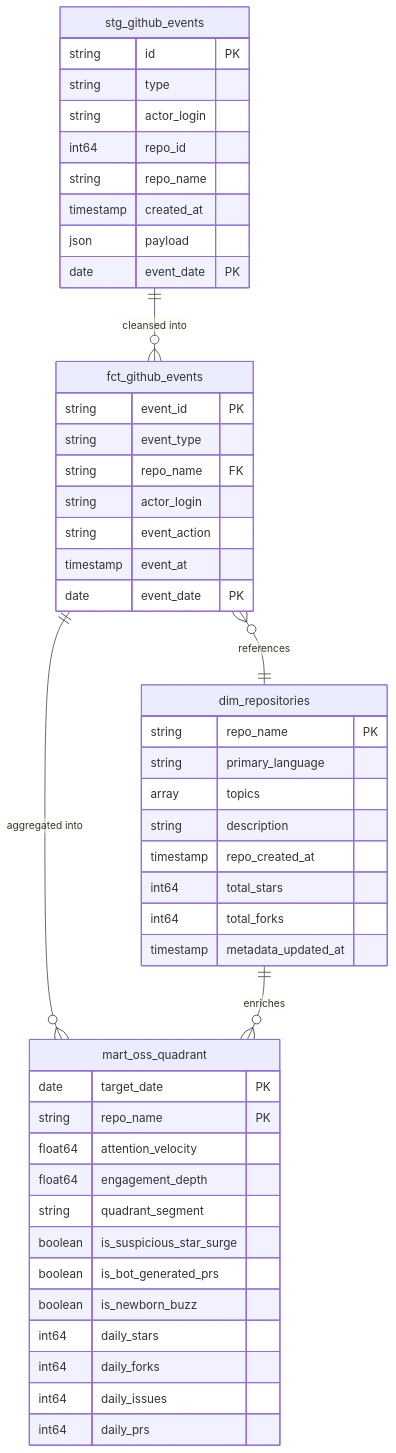
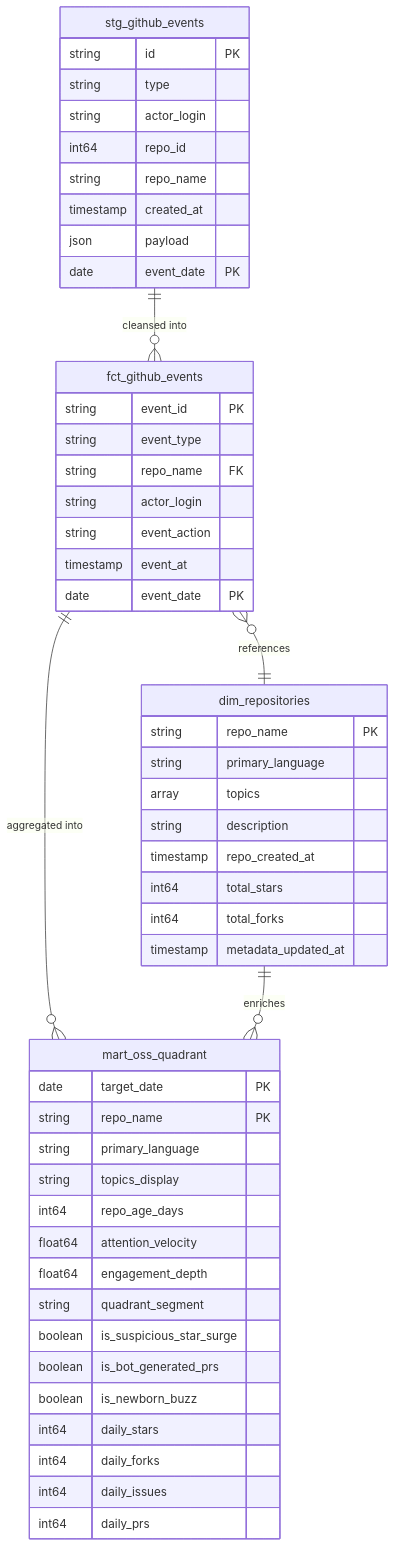
Before and after one commit to xzyozi/gh-archive-lakehouse: the diagram in docs/design/DS-001_データ構造仕様書.md, drawn with Mermaid. The commit also changed other lines of this file and 5 other files, not shown here.

````diff
--- a/docs/design/DS-001_データ構造仕様書.md
+++ b/docs/design/DS-001_データ構造仕様書.md
@@ -63,54 +63,57 @@
 ```mermaid
 erDiagram
     stg_github_events {
         string id PK
         string type
         string actor_login
         int64 repo_id
         string repo_name
         timestamp created_at
         json payload
         date event_date PK
     }
 
     fct_github_events {
         string event_id PK
         string event_type
         string repo_name FK
         string actor_login
         string event_action
         timestamp event_at
         date event_date PK
     }
 
     dim_repositories {
         string repo_name PK
         string primary_language
         array topics
         string description
         timestamp repo_created_at
         int64 total_stars
         int64 total_forks
         timestamp metadata_updated_at
     }
 
     mart_oss_quadrant {
         date target_date PK
         string repo_name PK
+        string primary_language
+        string topics_display
+        int64 repo_age_days
         float64 attention_velocity
         float64 engagement_depth
         string quadrant_segment
         boolean is_suspicious_star_surge
         boolean is_bot_generated_prs
         boolean is_newborn_buzz
         int64 daily_stars
         int64 daily_forks
         int64 daily_issues
         int64 daily_prs
     }
 
     stg_github_events ||--o{ fct_github_events : "cleansed into"
     fct_github_events }o--|| dim_repositories : "references"
     fct_github_events ||--o{ mart_oss_quadrant : "aggregated into"
     dim_repositories ||--o{ mart_oss_quadrant : "enriches"
 ```
````
